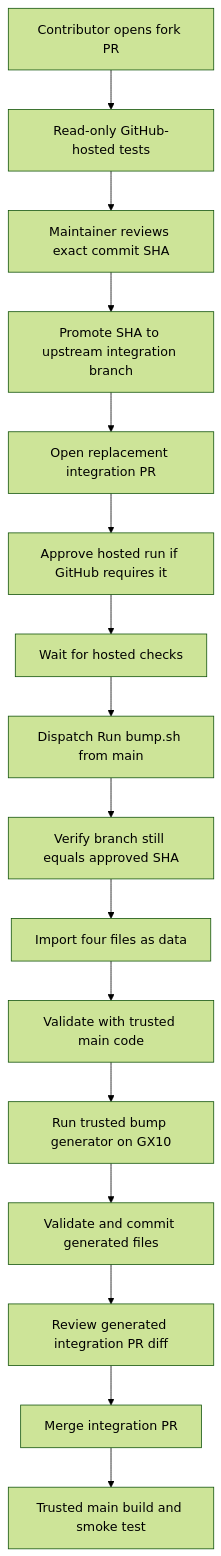
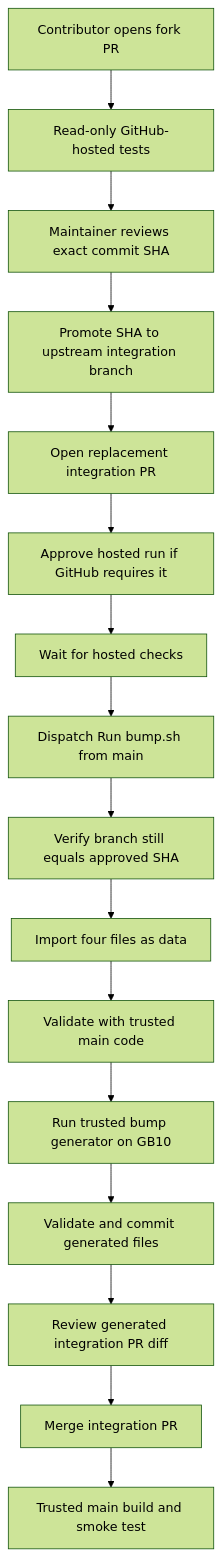
The diagram in docs/contributor-ci-security.md (timothystewart6/vllm-gb10), drawn with Mermaid (forest theme) before and after one commit. The commit also changed other lines of this file and 5 other files, not shown here.

````diff
--- a/docs/contributor-ci-security.md
+++ b/docs/contributor-ci-security.md
@@ -28,18 +28,18 @@
 ```mermaid
 flowchart TD
     A[Contributor opens fork PR] --> B[Read-only GitHub-hosted tests]
     B --> C[Maintainer reviews exact commit SHA]
     C --> D[Promote SHA to upstream integration branch]
     D --> E[Open replacement integration PR]
     E --> F[Approve hosted run if GitHub requires it]
     F --> G[Wait for hosted checks]
     G --> H[Dispatch Run bump.sh from main]
     H --> I[Verify branch still equals approved SHA]
     I --> J[Import four files as data]
     J --> K[Validate with trusted main code]
-    K --> L[Run trusted bump generator on GX10]
+    K --> L[Run trusted bump generator on GB10]
     L --> M[Validate and commit generated files]
     M --> N[Review generated integration PR diff]
     N --> O[Merge integration PR]
     O --> P[Trusted main build and smoke test]
 ```
````
